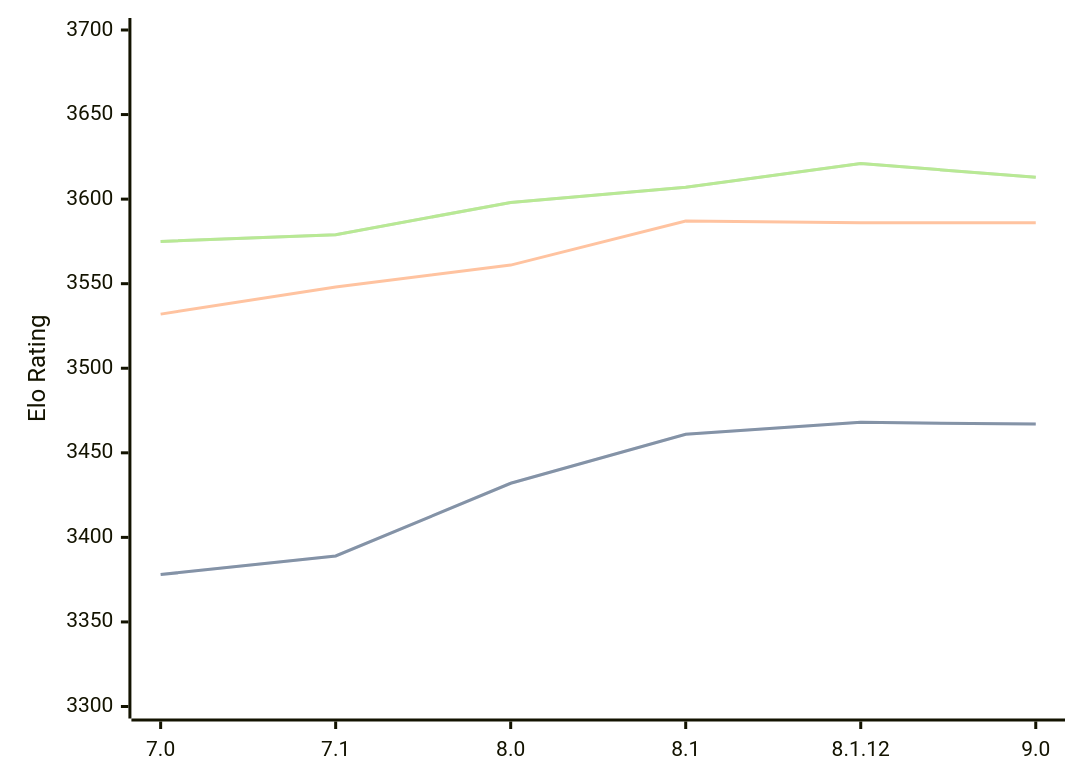
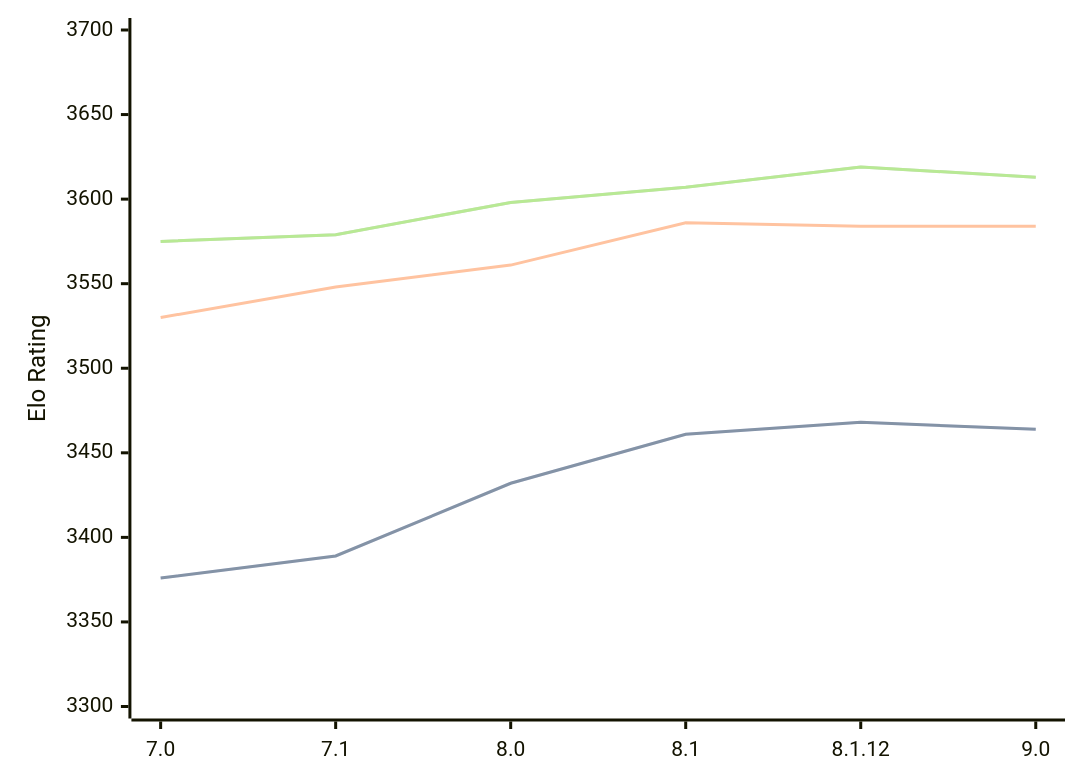
Before and after one commit to computer-chess-index/cci: the diagram in engines/Alexandria.md, drawn with Mermaid. The commit also changed other lines of this file, not shown here.

Commit message:
Update CCI Ratings (ELO VLTC) - 2026-03-06

````diff
--- a/engines/Alexandria.md
+++ b/engines/Alexandria.md
@@ -53,11 +53,11 @@
 ```mermaid
 %%{init: {"theme":"base","themeVariables":{"seriesColors:['#a3a3a3','#222221','#faa371']}}}%%
 xychart-beta
   x-axis ["7.0", "7.1", "8.0", "8.1", "8.1.12", "9.0"]
   y-axis "Elo Rating" 3300 --> 3700
-  line "STC (8.0+0.08s)" [3378, 3389, 3432, 3461, 3468, 3467]
-  line "STC (8.0+0.08s)" [3378, 3389, 3432, 3461, 3468, 3467]
-  line "LTC (60.0+0.60s)" [3532, 3548, 3561, 3587, 3586, 3586]
-  line "VLTC (2m24s+1.12s)" [3575, 3579, 3598, 3607, 3621, 3613]
-  line "VLTC (2m24s+1.12s)" [3575, 3579, 3598, 3607, 3621, 3613]
+  line "STC (8.0+0.08s)" [3376, 3389, 3432, 3461, 3468, 3464]
+  line "STC (8.0+0.08s)" [3376, 3389, 3432, 3461, 3468, 3464]
+  line "LTC (60.0+0.60s)" [3530, 3548, 3561, 3586, 3584, 3584]
+  line "VLTC (2m24s+1.12s)" [3575, 3579, 3598, 3607, 3619, 3613]
+  line "VLTC (2m24s+1.12s)" [3575, 3579, 3598, 3607, 3619, 3613]
 ```
````
